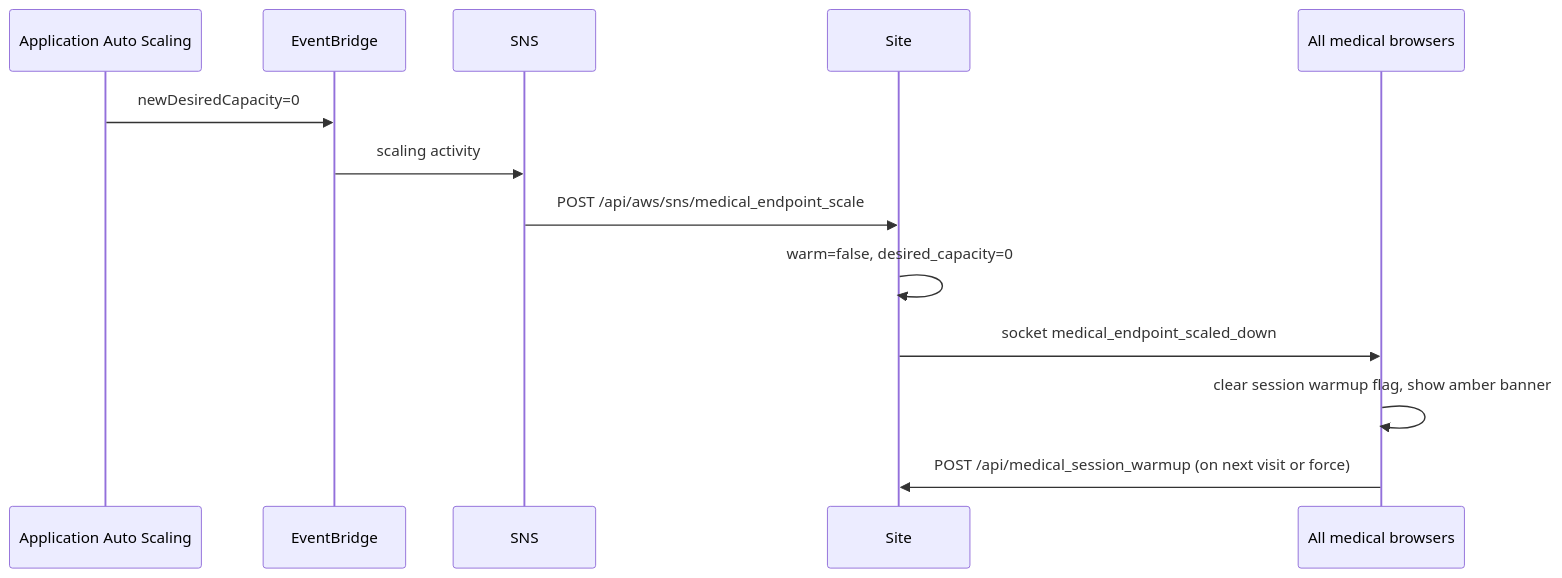
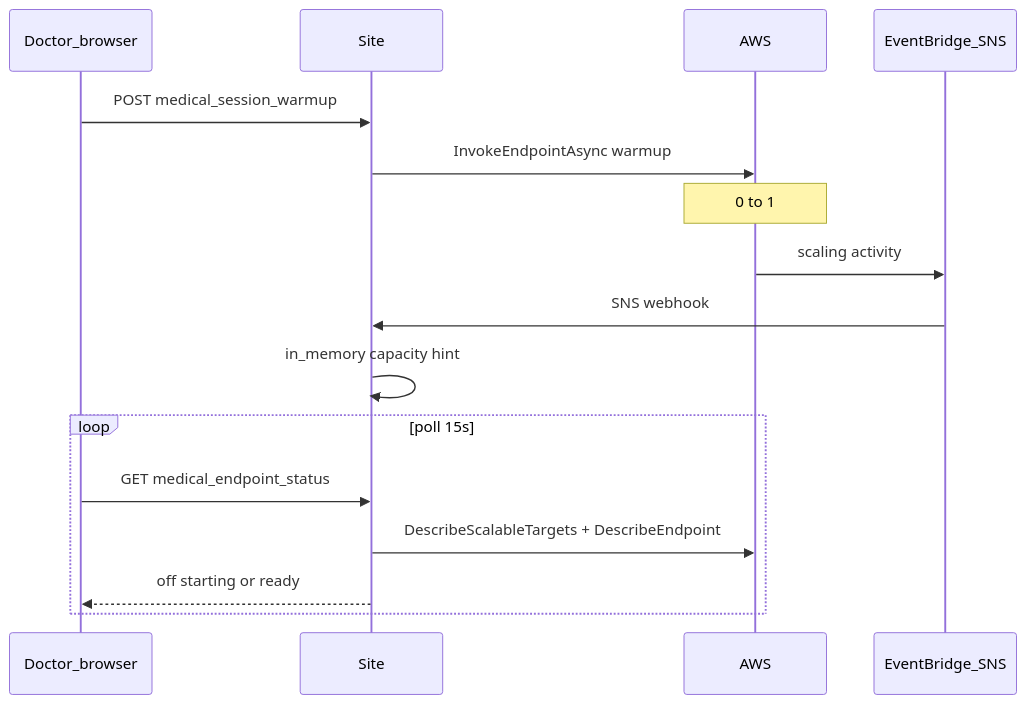
Before and after one commit to shlomico438/QS_Site: the diagram in docs/medical-warmup-architecture.md, drawn with Mermaid. The commit also changed other lines of this file and 5 other files, not shown here.

````diff
--- a/docs/medical-warmup-architecture.md
+++ b/docs/medical-warmup-architecture.md
@@ -162,16 +19,20 @@
 ```mermaid
 sequenceDiagram
-    participant AS as Application Auto Scaling
-    participant EB as EventBridge
-    participant SNS as SNS
+    participant Dr as Doctor_browser
     participant Site as Site
-    participant Dr as All medical browsers
+    participant AWS as AWS
+    participant EB as EventBridge_SNS
 
-    AS->>EB: newDesiredCapacity=0
-    EB->>SNS: scaling activity
-    SNS->>Site: POST /api/aws/sns/medical_endpoint_scale
-    Site->>Site: warm=false, desired_capacity=0
-    Site->>Dr: socket medical_endpoint_scaled_down
-    Dr->>Dr: clear session warmup flag, show amber banner
-    Dr->>Site: POST /api/medical_session_warmup (on next visit or force)
+    Dr->>Site: POST medical_session_warmup
+    Site->>AWS: InvokeEndpointAsync warmup
+    Note over AWS: 0 to 1
+    AWS->>EB: scaling activity
+    EB->>Site: SNS webhook
+    Site->>Site: in_memory capacity hint
+
+    loop poll 15s
+        Dr->>Site: GET medical_endpoint_status
+        Site->>AWS: DescribeScalableTargets + DescribeEndpoint
+        Site-->>Dr: off starting or ready
+    end
 ```
````
